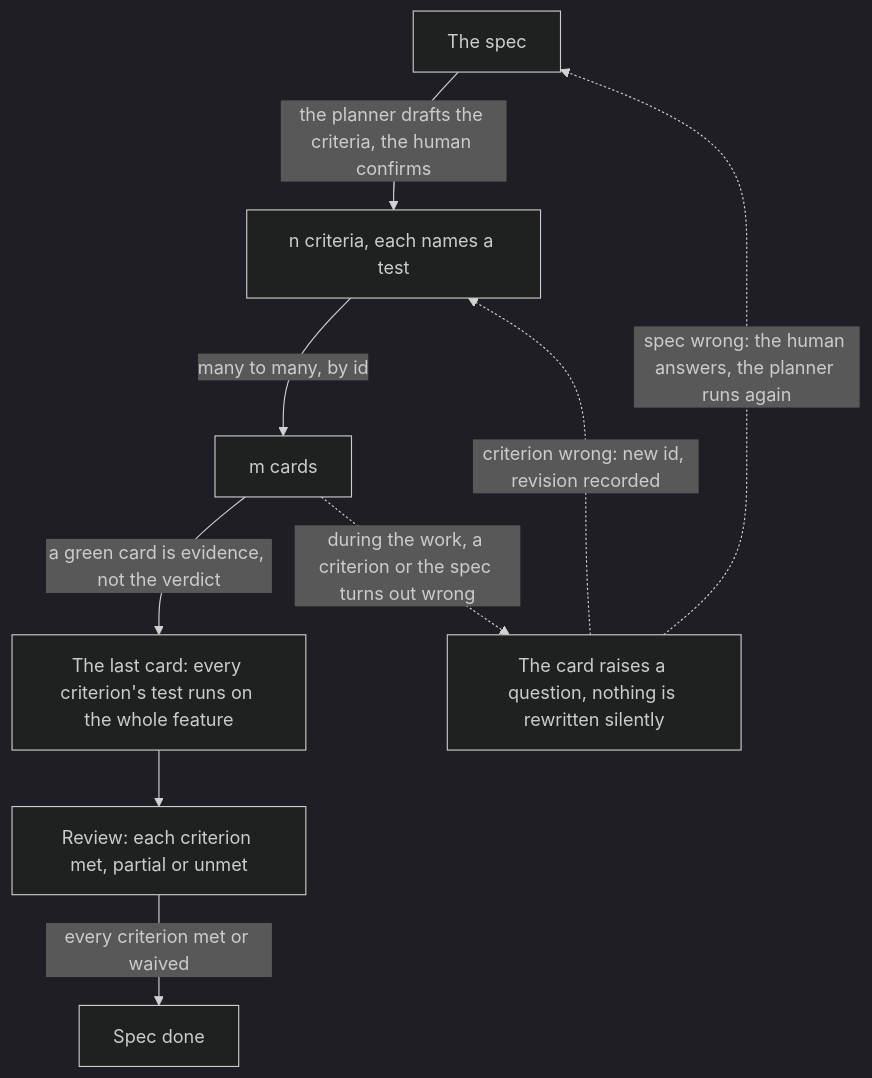
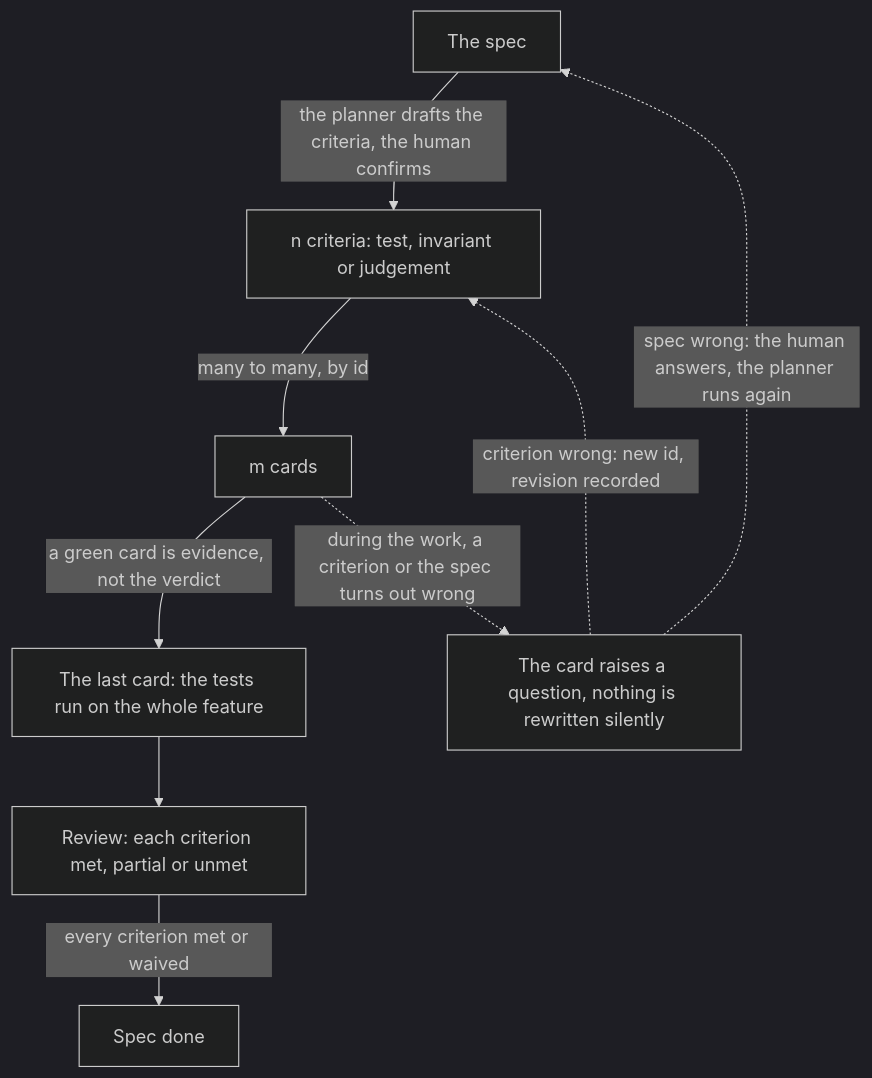
One commit to sebastianrueckerai/ai-software-factory changed the diagram in docs/spec-intake-concept-2026-10-16.md. Above: the diagram before and after it, drawn with Mermaid (dark theme). The commit also changed other lines of this file, not shown here.

First line of the commit message:
docs: add the judgement kind to the spec-intake concept

````diff
--- a/docs/spec-intake-concept-2026-10-16.md
+++ b/docs/spec-intake-concept-2026-10-16.md
@@ -9,11 +9,11 @@
 ```mermaid
 flowchart TD
-    spec["The spec"] -->|"the planner drafts the criteria, the human confirms"| crit["n criteria, each names a test"]
+    spec["The spec"] -->|"the planner drafts the criteria, the human confirms"| crit["n criteria: test, invariant or judgement"]
     crit -->|"many to many, by id"| cards["m cards"]
-    cards -->|"a green card is evidence, not the verdict"| last["The last card: every criterion's test runs on the whole feature"]
+    cards -->|"a green card is evidence, not the verdict"| last["The last card: the tests run on the whole feature"]
     last --> verdict["Review: each criterion met, partial or unmet"]
     verdict -->|"every criterion met or waived"| done["Spec done"]
     cards -.->|"during the work, a criterion or the spec turns out wrong"| question["The card raises a question, nothing is rewritten silently"]
     question -.->|"criterion wrong: new id, revision recorded"| crit
     question -.->|"spec wrong: the human answers, the planner runs again"| spec
 ```
````
